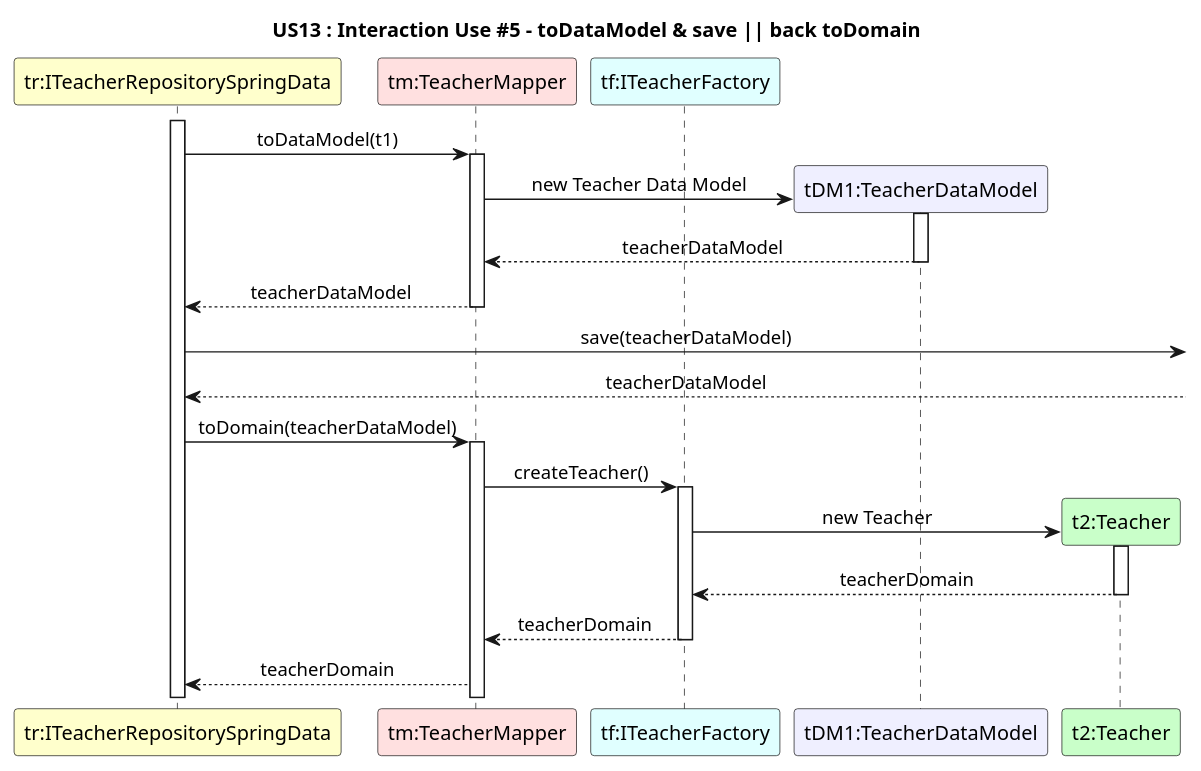
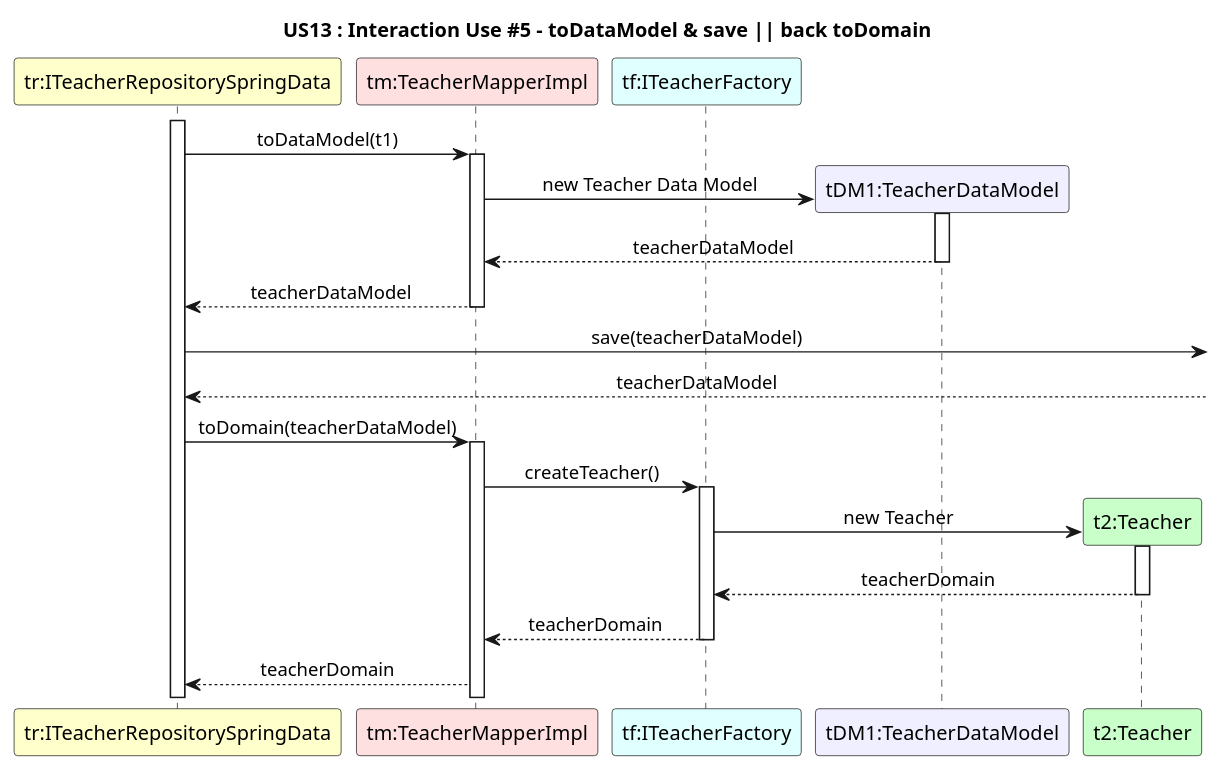
One commit to GasparISEP/DevOps-PAI changed the diagram in docs/US13/Documentation_SpringData_JPA/US13_SD_Interaction_Use_#5.puml. Above: the diagram before and after it, drawn with PlantUML. The commit also changed 5 other files, not shown here.

Commit message:
Refactored Sequence and Class Diagrams regarding SpringData. Refs #266

```diff
--- a/docs/US13/Documentation_SpringData_JPA/US13_SD_Interaction_Use_#5.puml
+++ b/docs/US13/Documentation_SpringData_JPA/US13_SD_Interaction_Use_#5.puml
@@ -1,40 +1,40 @@
 @startuml
 
 title US13 : Interaction Use #5 - toDataModel & save || back toDomain
 skinparam sequenceMessageAlign center
 
 participant "tr:ITeacherRepositorySpringData" as IteacherRepoJPA #business
-participant "tm:TeacherMapper" as tMapper #implementation
+participant "tm:TeacherMapperImpl" as tMapper #implementation
 participant "tf:ITeacherFactory" as teacherFactory #lightCyan
 participant "tDM1:TeacherDataModel" as teacherDM #motivation
 participant "t2:Teacher" as teacher #technology
 
 
 activate IteacherRepoJPA
 IteacherRepoJPA -> tMapper : toDataModel(t1)
 activate tMapper
 
 tMapper -> teacherDM** : new Teacher Data Model
 activate teacherDM
 teacherDM --> tMapper : teacherDataModel
 deactivate teacherDM
 
 tMapper --> IteacherRepoJPA : teacherDataModel
 deactivate tMapper
 IteacherRepoJPA ->  : save(teacherDataModel)
 IteacherRepoJPA <-- : teacherDataModel
 
 
 IteacherRepoJPA -> tMapper : toDomain(teacherDataModel)
 activate tMapper
 tMapper -> teacherFactory : createTeacher()
 activate teacherFactory
 teacherFactory -> teacher** : new Teacher
 activate teacher
 teacher --> teacherFactory : teacherDomain
 deactivate teacher
 teacherFactory --> tMapper : teacherDomain
 deactivate teacherFactory
 tMapper --> IteacherRepoJPA : teacherDomain
 
 @enduml
```
